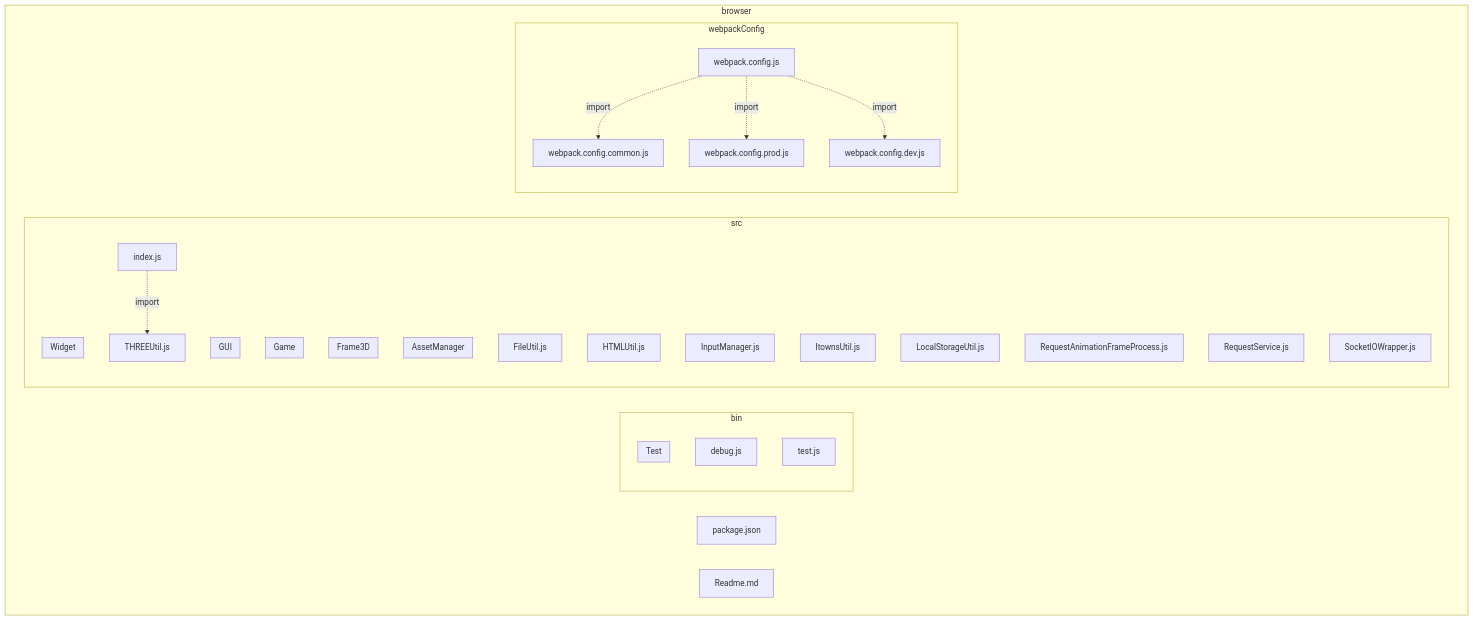
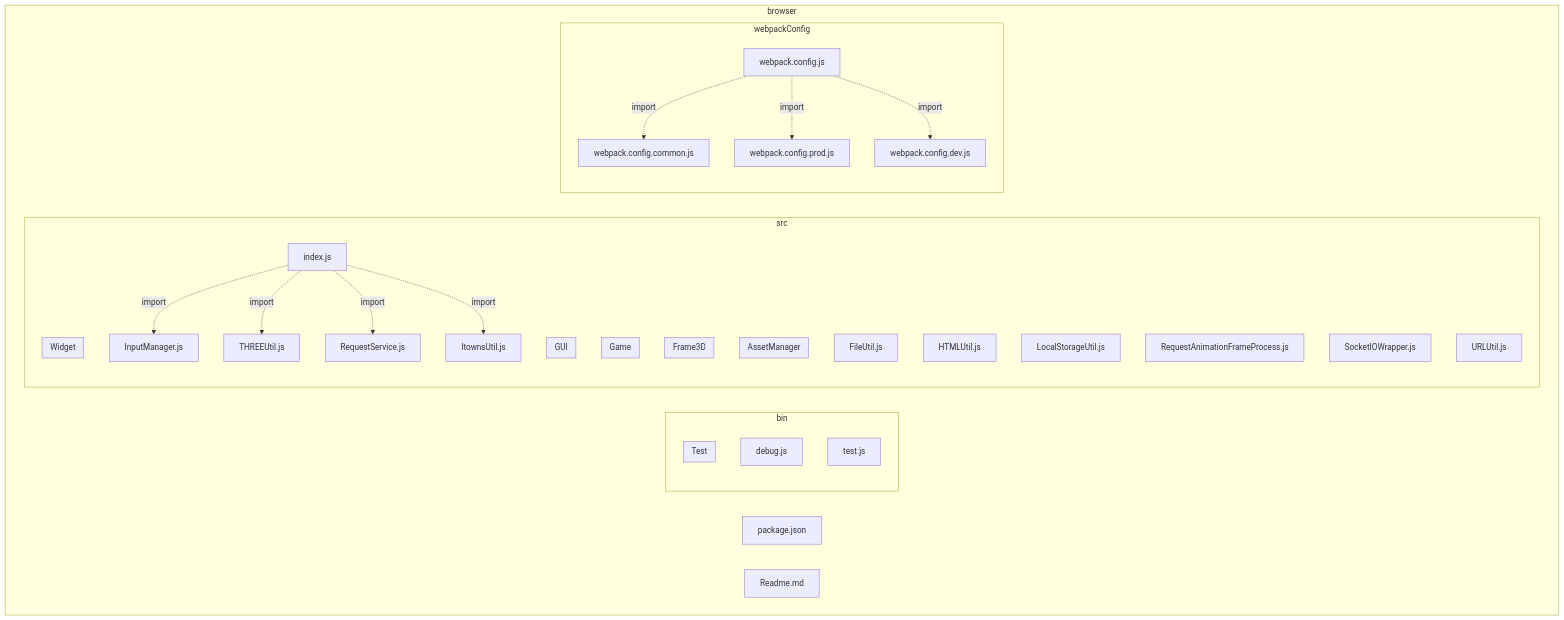
Before and after one commit to VCityTeam/UD-Viz: the diagram in docs/static/diagram/browser/BrowserD2.md, drawn with Mermaid. The commit also changed 7 other files, not shown here.

Commit message:
update:diagram

````diff
--- a/docs/static/diagram/browser/BrowserD2.md
+++ b/docs/static/diagram/browser/BrowserD2.md
@@ -1,45 +1,49 @@
 ```mermaid
 flowchart
  subgraph IDbrowser["browser"]
   IDbrowserPackagejson["package.json"]
   IDbrowserReadmemd["Readme.md"]
   subgraph IDbrowserBin["bin"]
    IDbrowserBinDebugjs["debug.js"]
    IDbrowserBinTestjs["test.js"]
    subgraph IDbrowserBinTest["Test"]
    end
   end
   subgraph IDbrowserSrc["src"]
    IDbrowserSrcFileUtiljs["FileUtil.js"]
    IDbrowserSrcHTMLUtiljs["HTMLUtil.js"]
    IDbrowserSrcIndexjs["index.js"]
    IDbrowserSrcInputManagerjs["InputManager.js"]
    IDbrowserSrcItownsUtiljs["ItownsUtil.js"]
    IDbrowserSrcLocalStorageUtiljs["LocalStorageUtil.js"]
    IDbrowserSrcRequestAnimationFrameProcessjs["RequestAnimationFrameProcess.js"]
    IDbrowserSrcRequestServicejs["RequestService.js"]
    IDbrowserSrcSocketIOWrapperjs["SocketIOWrapper.js"]
    IDbrowserSrcTHREEUtiljs["THREEUtil.js"]
+   IDbrowserSrcURLUtiljs["URLUtil.js"]
    subgraph IDbrowserSrcAssetManager["AssetManager"]
    end
    subgraph IDbrowserSrcFrame3D["Frame3D"]
    end
    subgraph IDbrowserSrcGame["Game"]
    end
    subgraph IDbrowserSrcGUI["GUI"]
    end
    subgraph IDbrowserSrcWidget["Widget"]
    end
   end
   subgraph IDbrowserWebpackConfig["webpackConfig"]
    IDbrowserWebpackConfigWebpackconfigcommonjs["webpack.config.common.js"]
    IDbrowserWebpackConfigWebpackconfigdevjs["webpack.config.dev.js"]
    IDbrowserWebpackConfigWebpackconfigjs["webpack.config.js"]
    IDbrowserWebpackConfigWebpackconfigprodjs["webpack.config.prod.js"]
   end
  end
+IDbrowserSrcIndexjs-.->|import|IDbrowserSrcInputManagerjs
 IDbrowserSrcIndexjs-.->|import|IDbrowserSrcTHREEUtiljs
+IDbrowserSrcIndexjs-.->|import|IDbrowserSrcRequestServicejs
+IDbrowserSrcIndexjs-.->|import|IDbrowserSrcItownsUtiljs
 IDbrowserWebpackConfigWebpackconfigjs-.->|import|IDbrowserWebpackConfigWebpackconfigprodjs
 IDbrowserWebpackConfigWebpackconfigjs-.->|import|IDbrowserWebpackConfigWebpackconfigdevjs
 IDbrowserWebpackConfigWebpackconfigjs-.->|import|IDbrowserWebpackConfigWebpackconfigcommonjs
 ```
````
